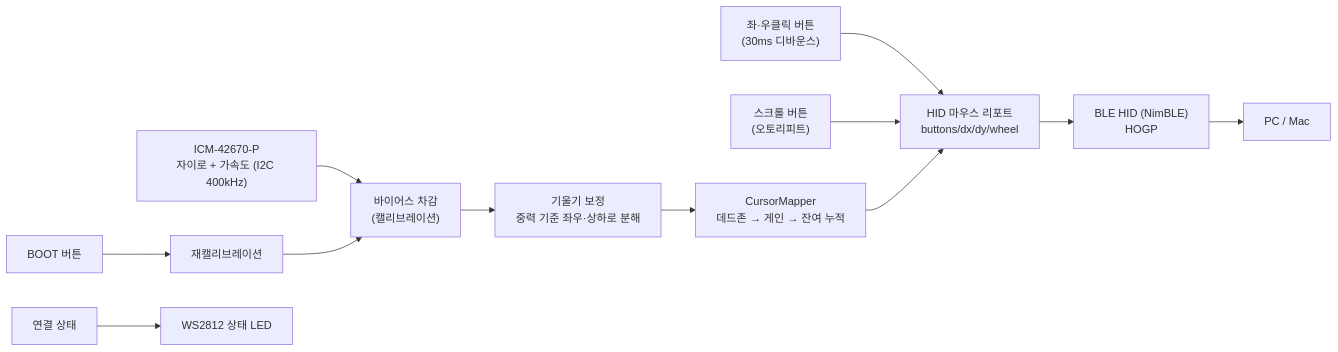
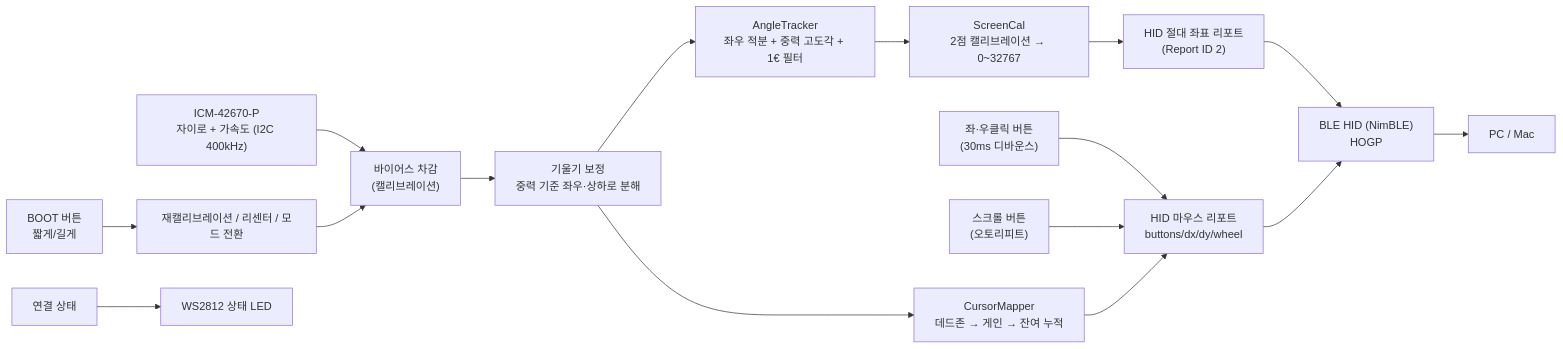
One commit to barmi/esp32c3-airmouse changed the first of 2 diagrams in docs/architecture.md. Above: the diagram before and after it, drawn with Mermaid. The commit also changed other lines of this file and 11 other files, not shown here.

````diff
--- a/docs/architecture.md
+++ b/docs/architecture.md
@@ -5,14 +5,18 @@
 ```mermaid
 flowchart LR
     IMU["ICM-42670-P<br/>자이로 + 가속도 (I2C 400kHz)"] --> Bias["바이어스 차감<br/>(캘리브레이션)"]
     Bias --> Tilt["기울기 보정<br/>중력 기준 좌우·상하로 분해"]
     Tilt --> Map["CursorMapper<br/>데드존 → 게인 → 잔여 누적"]
+    Tilt --> Ang["AngleTracker<br/>좌우 적분 + 중력 고도각 + 1€ 필터"]
+    Ang --> Cal["ScreenCal<br/>2점 캘리브레이션 → 0~32767"]
+    Cal --> Abs["HID 절대 좌표 리포트<br/>(Report ID 2)"]
+    Abs --> BLE
     Click["좌·우클릭 버튼<br/>(30ms 디바운스)"] --> Report
     Scroll["스크롤 버튼<br/>(오토리피트)"] --> Report
-    Boot["BOOT 버튼"] --> Recal["재캘리브레이션"]
+    Boot["BOOT 버튼<br/>짧게/길게"] --> Recal["재캘리브레이션 / 리센터 / 모드 전환"]
     Recal --> Bias
     Map --> Report["HID 마우스 리포트<br/>buttons/dx/dy/wheel"]
     Report --> BLE["BLE HID (NimBLE)<br/>HOGP"]
     BLE --> Host["PC / Mac"]
     Conn["연결 상태"] --> LED["WS2812 상태 LED"]
 ```
````
